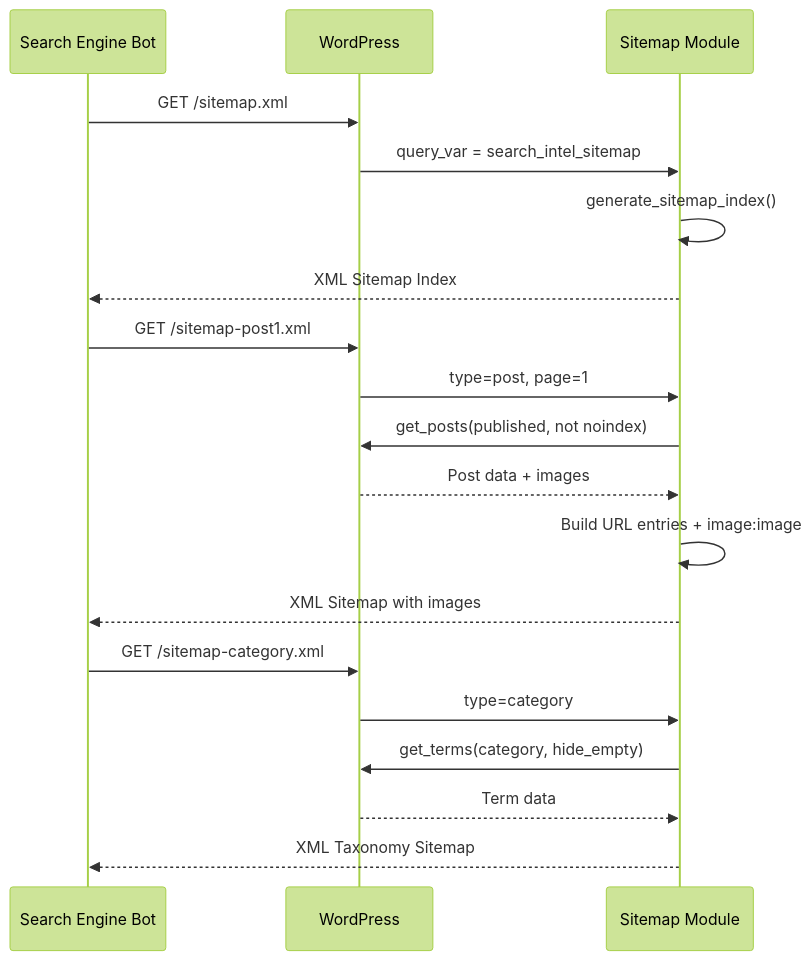
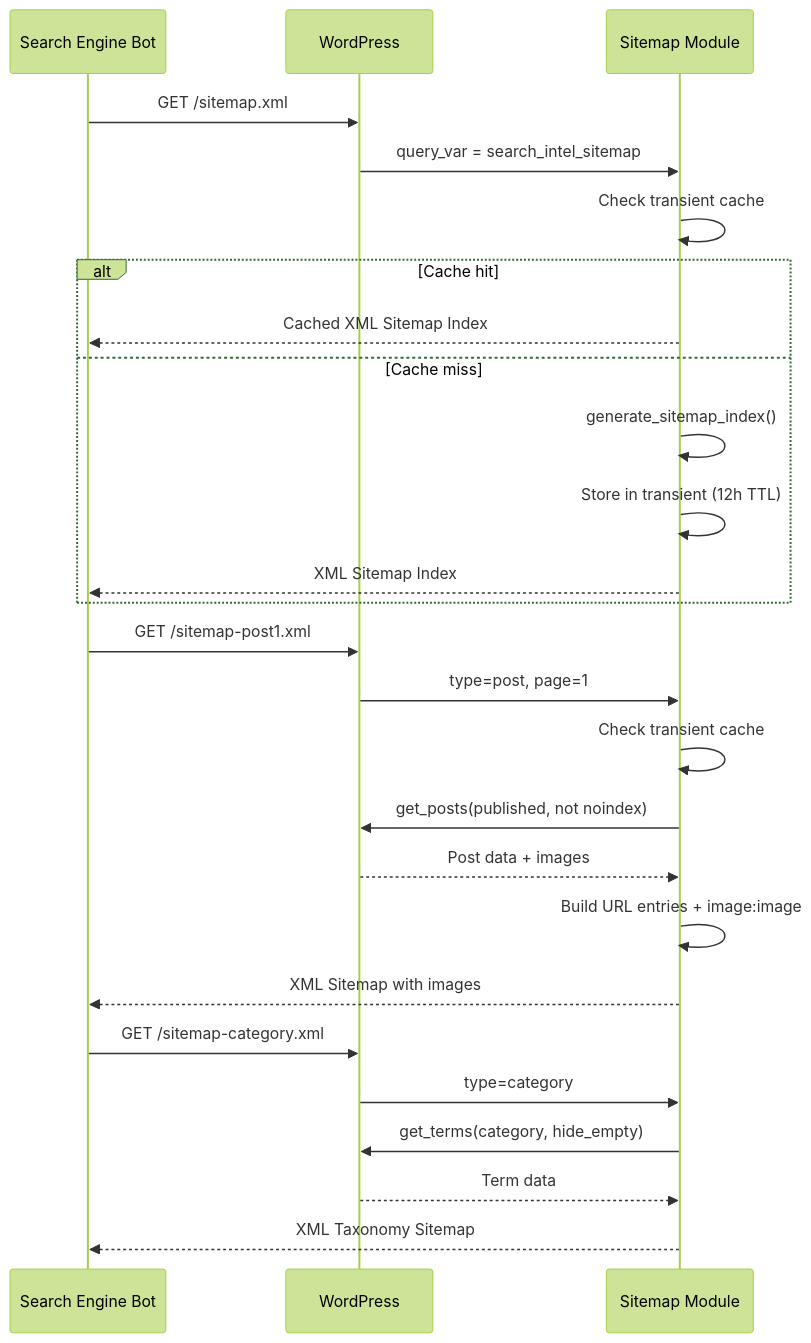
The sixth of 12 diagrams in README.md (CptNope/JAT-Search-Intel), drawn with Mermaid (forest theme) before and after one commit. The commit also changed other lines of this file and 18 other files, not shown here.

````diff
--- a/README.md
+++ b/README.md
@@ -306,24 +335,31 @@
 ```mermaid
 sequenceDiagram
     participant Bot as Search Engine Bot
     participant WP as WordPress
     participant SM as Sitemap Module
 
     Bot->>WP: GET /sitemap.xml
     WP->>SM: query_var = search_intel_sitemap
-    SM->>SM: generate_sitemap_index()
-    SM-->>Bot: XML Sitemap Index
+    SM->>SM: Check transient cache
+    alt Cache hit
+        SM-->>Bot: Cached XML Sitemap Index
+    else Cache miss
+        SM->>SM: generate_sitemap_index()
+        SM->>SM: Store in transient (12h TTL)
+        SM-->>Bot: XML Sitemap Index
+    end
 
     Bot->>WP: GET /sitemap-post1.xml
     WP->>SM: type=post, page=1
+    SM->>SM: Check transient cache
     SM->>WP: get_posts(published, not noindex)
     WP-->>SM: Post data + images
     SM->>SM: Build URL entries + image:image
     SM-->>Bot: XML Sitemap with images
 
     Bot->>WP: GET /sitemap-category.xml
     WP->>SM: type=category
     SM->>WP: get_terms(category, hide_empty)
     WP-->>SM: Term data
     SM-->>Bot: XML Taxonomy Sitemap
 ```
````
